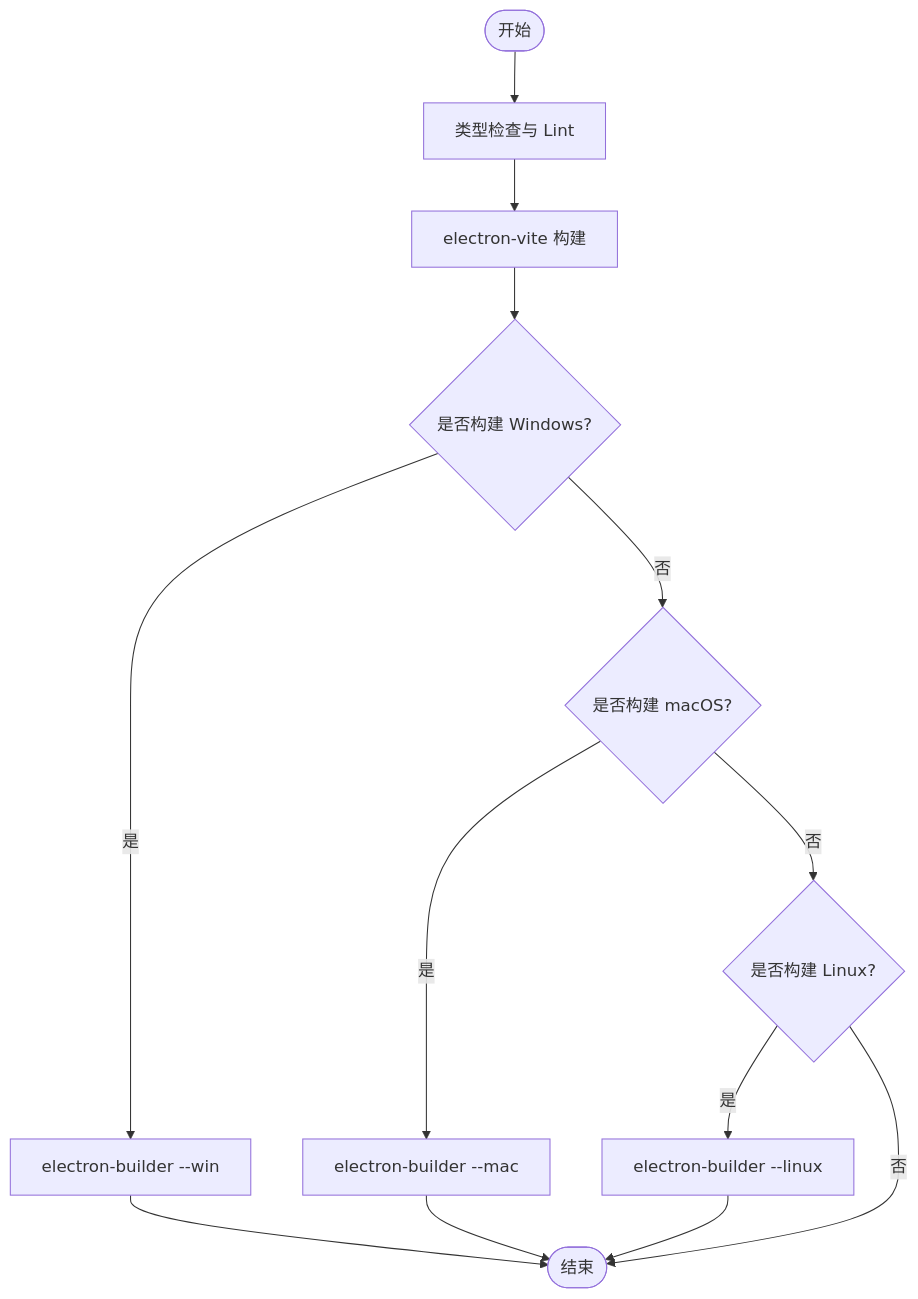
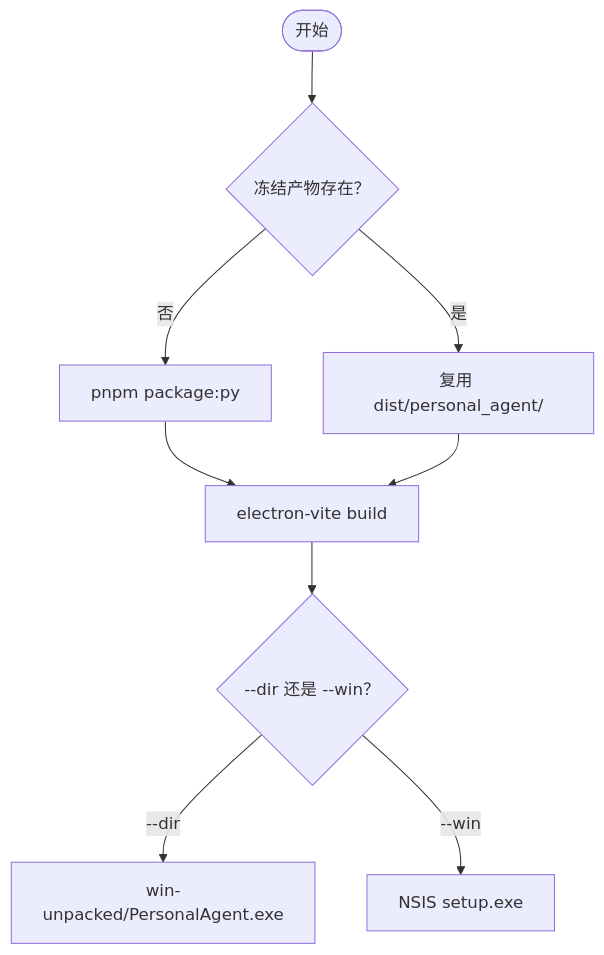
Before and after one commit to Azusa010/personal-agent: the third of 5 diagrams in .repowiki/zh/content/部署发布.md, drawn with Mermaid. The commit also changed other lines of this file and 40 other files, not shown here.

````diff
--- a/.repowiki/zh/content/部署发布.md
+++ b/.repowiki/zh/content/部署发布.md
@@ -118,15 +117,11 @@
 ```mermaid
 flowchart TD
-Start(["开始"]) --> TypeCheck["类型检查与 Lint"]
-TypeCheck --> BuildVite["electron-vite 构建"]
-BuildVite --> PackWin{"是否构建 Windows?"}
-PackWin --> |是| WinBuild["electron-builder --win"]
-PackWin --> |否| PackMac{"是否构建 macOS?"}
-PackMac --> |是| MacBuild["electron-builder --mac"]
-PackMac --> |否| PackLinux{"是否构建 Linux?"}
-PackLinux --> |是| LinuxBuild["electron-builder --linux"]
-PackLinux --> |否| End(["结束"])
-WinBuild --> End
-MacBuild --> End
-LinuxBuild --> End
+Start(["开始"]) --> Frozen{"冻结产物存在？"}
+Frozen --> |否| Py["pnpm package:py"]
+Frozen --> |是| Skip["复用 dist/personal_agent/"]
+Py --> Build["electron-vite build"]
+Skip --> Build
+Build --> Pack{"--dir 还是 --win？"}
+Pack --> |"--dir"| Unpacked["win-unpacked/PersonalAgent.exe"]
+Pack --> |"--win"| Nsis["NSIS setup.exe"]
 ```
````
